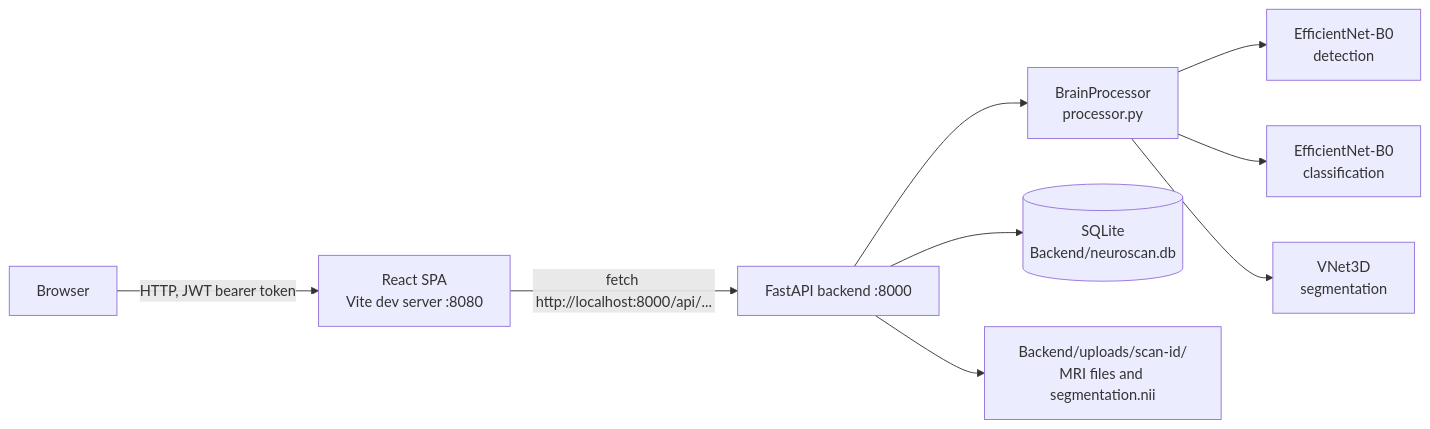
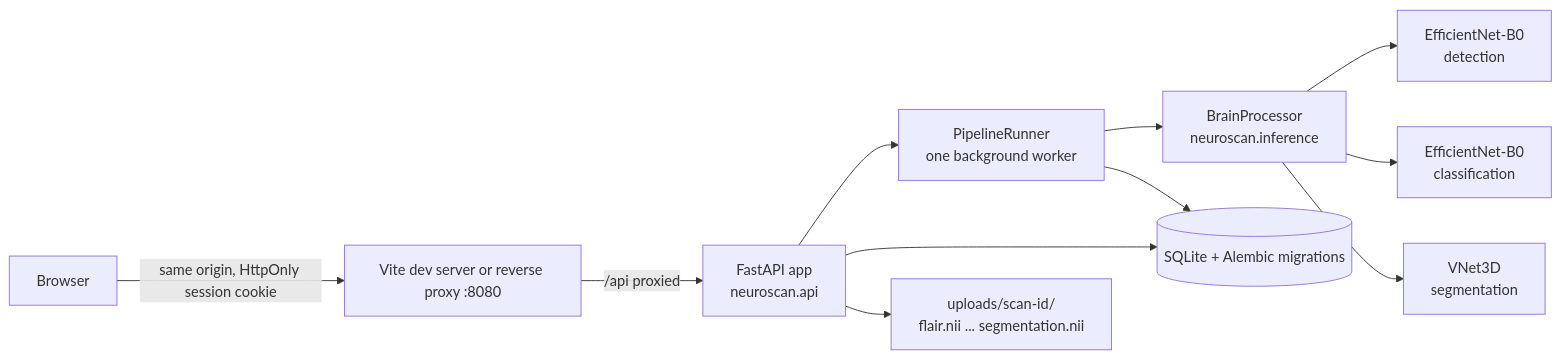
The diagram in README.md (parthmital/NeuroScan-AI), drawn with Mermaid before and after one commit. The commit also changed other lines of this file and 118 other files, not shown here.

````diff
--- a/README.md
+++ b/README.md
@@ -105,11 +95,13 @@
 ```mermaid
 flowchart LR
-    U[Browser] -->|HTTP, JWT bearer token| F[React SPA<br/>Vite dev server :8080]
-    F -->|fetch http://localhost:8000/api/...| B[FastAPI backend :8000]
-    B --> P[BrainProcessor<br/>processor.py]
+    U[Browser] -->|same origin, HttpOnly session cookie| F[Vite dev server or reverse proxy :8080]
+    F -->|/api proxied| B[FastAPI app<br/>neuroscan.api]
+    B --> Q[PipelineRunner<br/>one background worker]
+    Q --> P[BrainProcessor<br/>neuroscan.inference]
     P --> M1[EfficientNet-B0<br/>detection]
     P --> M2[EfficientNet-B0<br/>classification]
     P --> M3[VNet3D<br/>segmentation]
-    B --> DB[(SQLite<br/>Backend/neuroscan.db)]
-    B --> FS[Backend/uploads/scan-id/<br/>MRI files and segmentation.nii]
+    B --> DB[(SQLite + Alembic migrations)]
+    Q --> DB
+    B --> FS[uploads/scan-id/<br/>flair.nii ... segmentation.nii]
 ```
````
